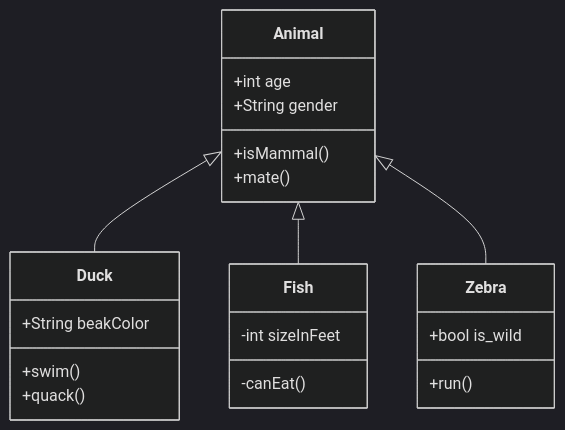
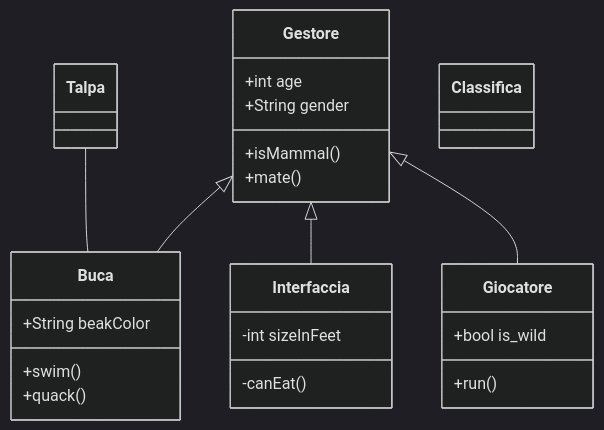
The diagram in Docs/UML talpa.mmd (IIS-Franchetti-Salviani/la-talpa-leobracca), drawn with Mermaid (dark theme) before and after one commit.

Commit message:
Continuazione UML
-Continuazione UML class diagram
-Esportazione e sostituito il vecchio documento mermaid

```diff
--- a/Docs/UML talpa.mmd
+++ b/Docs/UML talpa.mmd
@@ -1,21 +1,35 @@
 classDiagram
-    Animal <|-- Duck
-    Animal <|-- Fish
-    Animal <|-- Zebra
-    Animal : +int age
-    Animal : +String gender
-    Animal: +isMammal()
-    Animal: +mate()
-    class Duck{
-      +String beakColor
-      +swim()
-      +quack()
+direction TB
+    class Gestore {
+	    +int age
+	    +String gender
+	    +isMammal()
+	    +mate()
     }
-    class Fish{
-      -int sizeInFeet
-      -canEat()
+
+    class Buca {
+	    +String beakColor
+	    +swim()
+	    +quack()
     }
-    class Zebra{
-      +bool is_wild
-      +run()
+
+    class Interfaccia {
+	    -int sizeInFeet
+	    -canEat()
     }
+
+    class Talpa {
+    }
+
+    class Giocatore {
+	    +bool is_wild
+	    +run()
+    }
+
+    class Classifica {
+    }
+
+    Gestore <|-- Buca
+    Gestore <|-- Interfaccia
+    Gestore <|-- Giocatore
+    Talpa -- Buca
```
